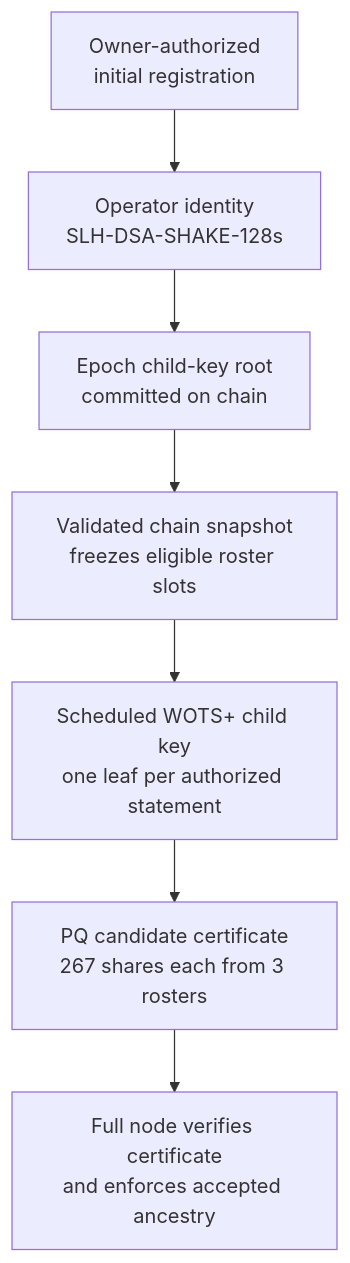
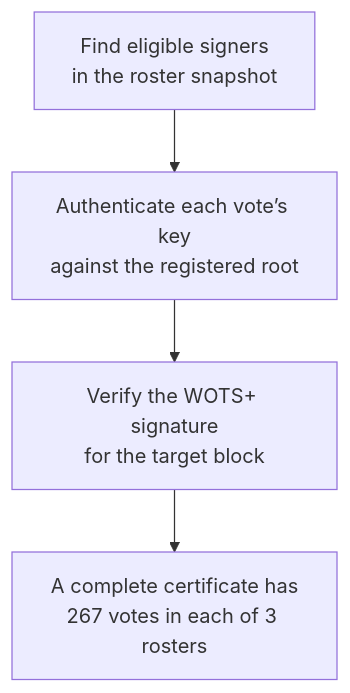
One commit to syscoin/sys-docs changed the diagram in docs/architecture/post-quantum.mdx. Above: the diagram before and after it, drawn with Mermaid. The commit also changed other lines of this file and 41 other files, not shown here.

````diff
--- a/docs/architecture/post-quantum.mdx
+++ b/docs/architecture/post-quantum.mdx
@@ -44,14 +28,10 @@
 ```mermaid
 flowchart TB
-    accTitle: Core PQ candidate — from an authorized Sentry operator to a verified ChainLock
-    accDescr: The owner authorizes an operator, who commits child keys. A chain snapshot fixes roster slots. Scheduled child keys sign the block statement, and a full node checks 267 votes in each of three selected rosters.
-    Owner["Owner-authorized<br/>initial registration"]
-    SLH["Operator identity<br/>SLH-DSA-SHAKE-128s"]
-    Root["Epoch child-key root<br/>committed on chain"]
-    Snapshot["Validated chain snapshot<br/>freezes eligible roster slots"]
-    OTS["Scheduled WOTS+ child key<br/>one leaf per authorized statement"]
-    Cert["PQ candidate certificate<br/>267 shares each from 3 rosters"]
-    Verify["Full node verifies certificate<br/>and enforces accepted ancestry"]
-    Owner --> SLH --> Root --> Snapshot
-    Snapshot --> OTS --> Cert --> Verify
+    accTitle: How a Core node verifies post-quantum Sentry votes
+    accDescr: A Sentry operator registers a root for its scheduled voting keys. The full node identifies eligible roster slots, verifies the assigned WOTS+ signatures, and accepts a certificate with 267 signatures each from three rosters.
+    Roster["Find eligible signers<br/>in the roster snapshot"]
+    Root["Authenticate each vote’s key<br/>against the registered root"]
+    Vote["Verify the WOTS+ signature<br/>for the target block"]
+    Lock["A complete certificate has<br/>267 votes in each of 3 rosters"]
+    Roster --> Root --> Vote --> Lock
 ```
````
